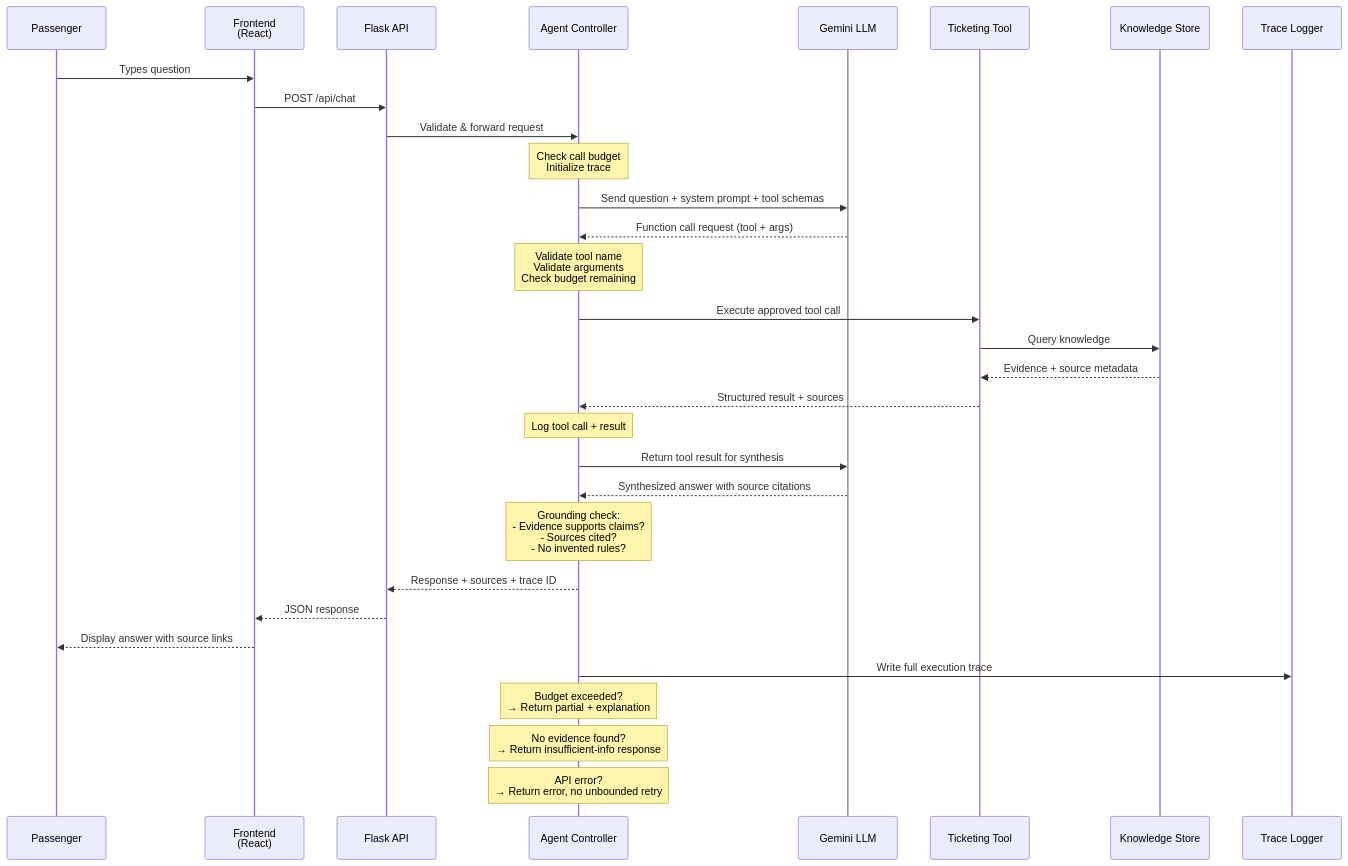
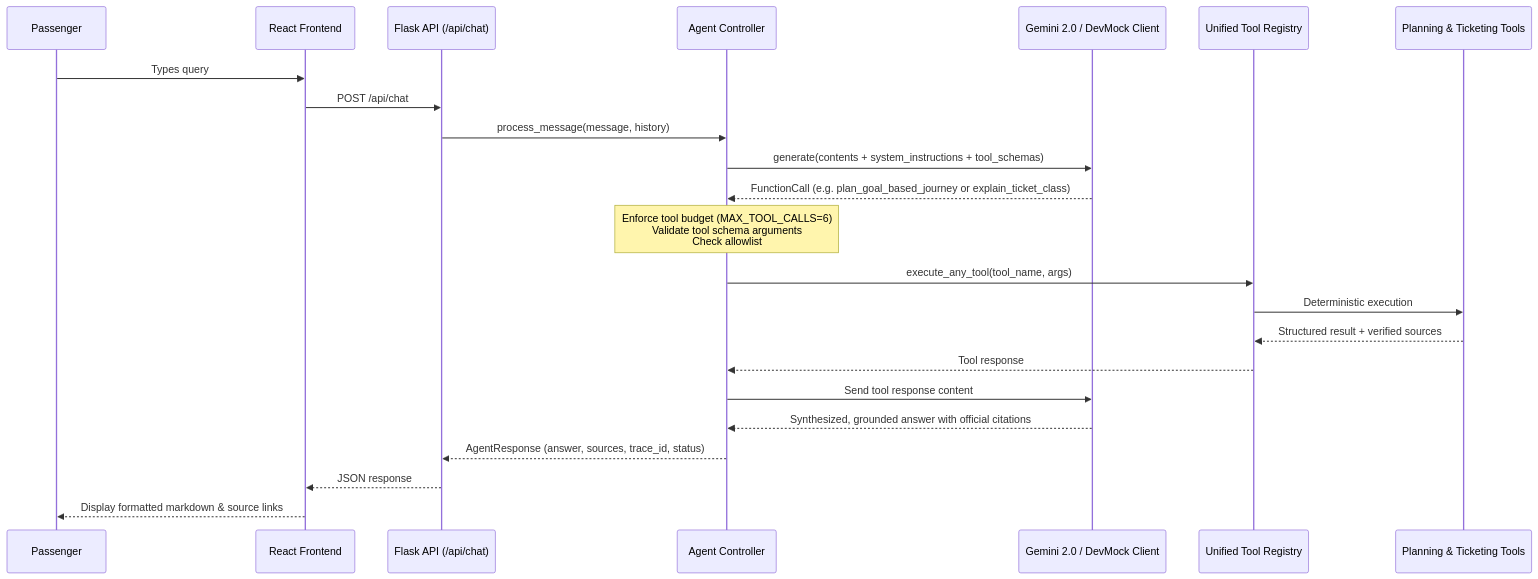
The second of 2 diagrams in .agent/diagrams/DATA_FLOW.md (PaulShervin/RailSaathi), drawn with Mermaid before and after one commit. The commit also changed other lines of this file and 65 other files, not shown here.

Commit message:
feat: implement Goal-Based Train Journey Planner, ticketing guidance, test suite, and React UI

````diff
--- a/.agent/diagrams/DATA_FLOW.md
+++ b/.agent/diagrams/DATA_FLOW.md
@@ -8,44 +46,30 @@
 ```mermaid
 sequenceDiagram
     participant P as Passenger
-    participant FE as Frontend<br/>(React)
-    participant API as Flask API
+    participant FE as React Frontend
+    participant API as Flask API (/api/chat)
     participant CTRL as Agent Controller
-    participant LLM as Gemini LLM
-    participant TOOL as Ticketing Tool
-    participant KS as Knowledge Store
-    participant LOG as Trace Logger
+    participant LLM as Gemini 2.0 / DevMock Client
+    participant REG as Unified Tool Registry
+    participant TOOLS as Planning & Ticketing Tools
 
-    P->>FE: Types question
+    P->>FE: Types query
     FE->>API: POST /api/chat
-    API->>CTRL: Validate & forward request
-    
-    Note over CTRL: Check call budget<br/>Initialize trace
+    API->>CTRL: process_message(message, history)
 
-    CTRL->>LLM: Send question + system prompt + tool schemas
-    LLM-->>CTRL: Function call request (tool + args)
+    CTRL->>LLM: generate(contents + system_instructions + tool_schemas)
+    LLM-->>CTRL: FunctionCall (e.g. plan_goal_based_journey or explain_ticket_class)
 
-    Note over CTRL: Validate tool name<br/>Validate arguments<br/>Check budget remaining
+    Note over CTRL: Enforce tool budget (MAX_TOOL_CALLS=6)<br/>Validate tool schema arguments<br/>Check allowlist
 
-    CTRL->>TOOL: Execute approved tool call
-    TOOL->>KS: Query knowledge
-    KS-->>TOOL: Evidence + source metadata
-    TOOL-->>CTRL: Structured result + sources
+    CTRL->>REG: execute_any_tool(tool_name, args)
+    REG->>TOOLS: Deterministic execution
+    TOOLS-->>REG: Structured result + verified sources
+    REG-->>CTRL: Tool response
 
-    Note over CTRL: Log tool call + result
-
-    CTRL->>LLM: Return tool result for synthesis
-    LLM-->>CTRL: Synthesized answer with source citations
-
-    Note over CTRL: Grounding check:<br/>- Evidence supports claims?<br/>- Sources cited?<br/>- No invented rules?
-
-    CTRL-->>API: Response + sources + trace ID
+    CTRL->>LLM: Send tool response content
+    LLM-->>CTRL: Synthesized, grounded answer with official citations
+    CTRL-->>API: AgentResponse (answer, sources, trace_id, status)
     API-->>FE: JSON response
-    FE-->>P: Display answer with source links
-
-    CTRL->>LOG: Write full execution trace
-
-    Note over CTRL: Budget exceeded?<br/>→ Return partial + explanation
-    Note over CTRL: No evidence found?<br/>→ Return insufficient-info response
-    Note over CTRL: API error?<br/>→ Return error, no unbounded retry
+    FE-->>P: Display formatted markdown & source links
 ```
````
